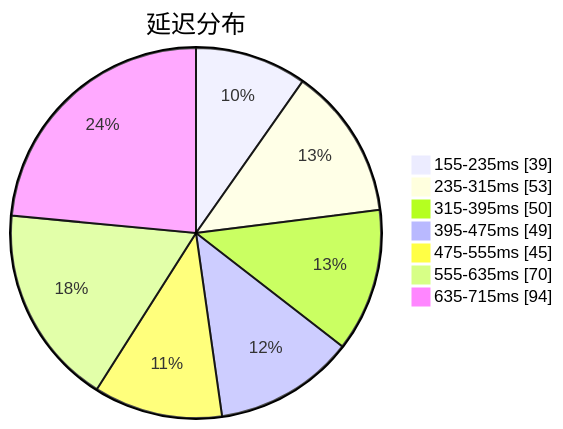
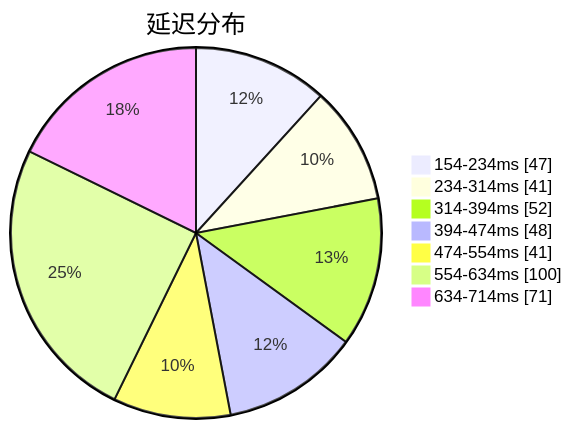
One commit to qjlxg/airport changed the first of 3 diagrams in subs/statistics/tested_within.md. Above: the diagram before and after it, drawn with Mermaid. The commit also changed other lines of this file and 2 other files, not shown here.

````diff
--- a/subs/statistics/tested_within.md
+++ b/subs/statistics/tested_within.md
@@ -2,11 +2,11 @@
 ```mermaid
 pie showData
 title 延迟分布
-"155-235ms" : 39
-"235-315ms" : 53
-"315-395ms" : 50
-"395-475ms" : 49
-"475-555ms" : 45
-"555-635ms" : 70
-"635-715ms" : 94
+"154-234ms" : 47
+"234-314ms" : 41
+"314-394ms" : 52
+"394-474ms" : 48
+"474-554ms" : 41
+"554-634ms" : 100
+"634-714ms" : 71
 ```
````
